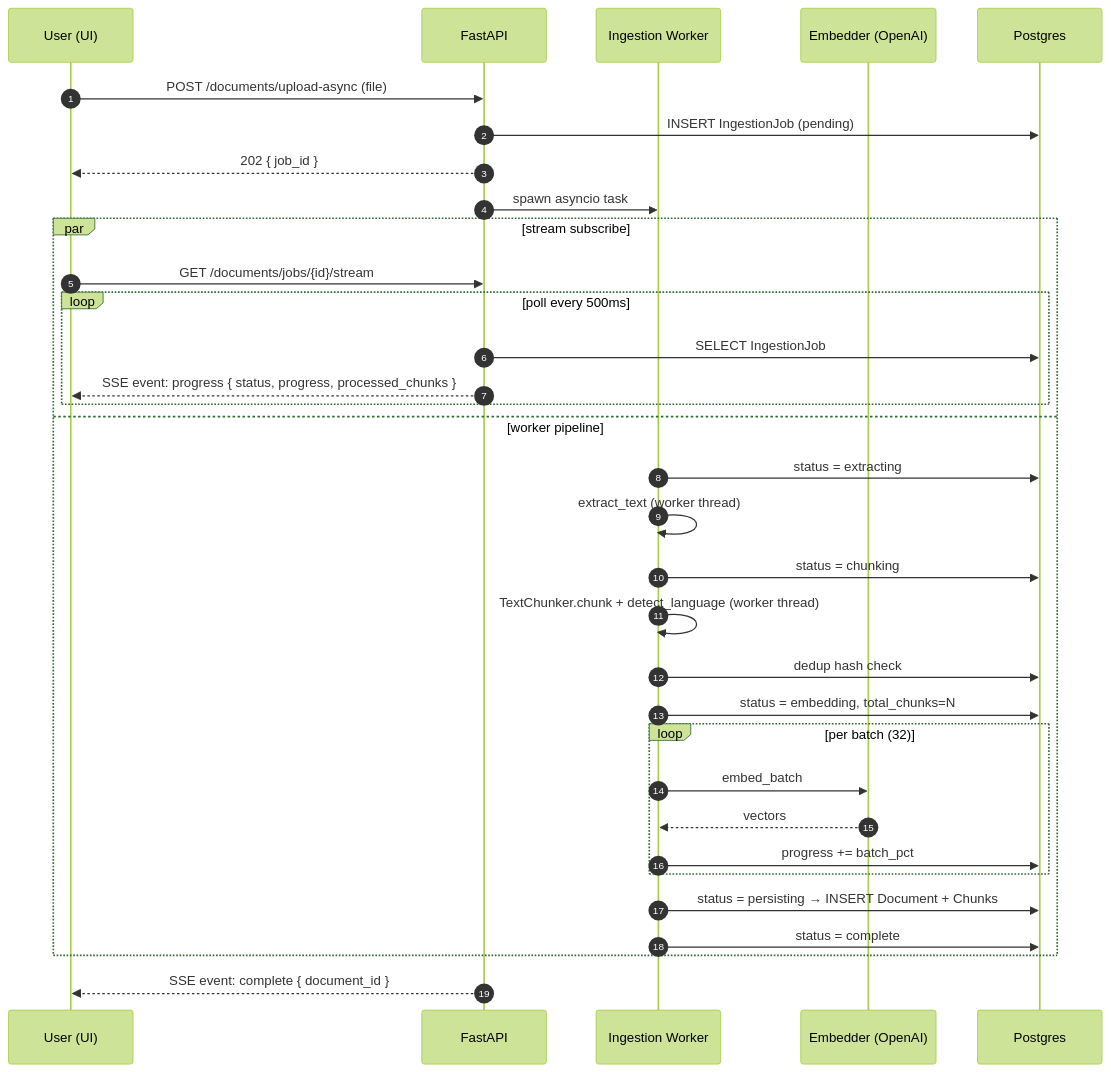
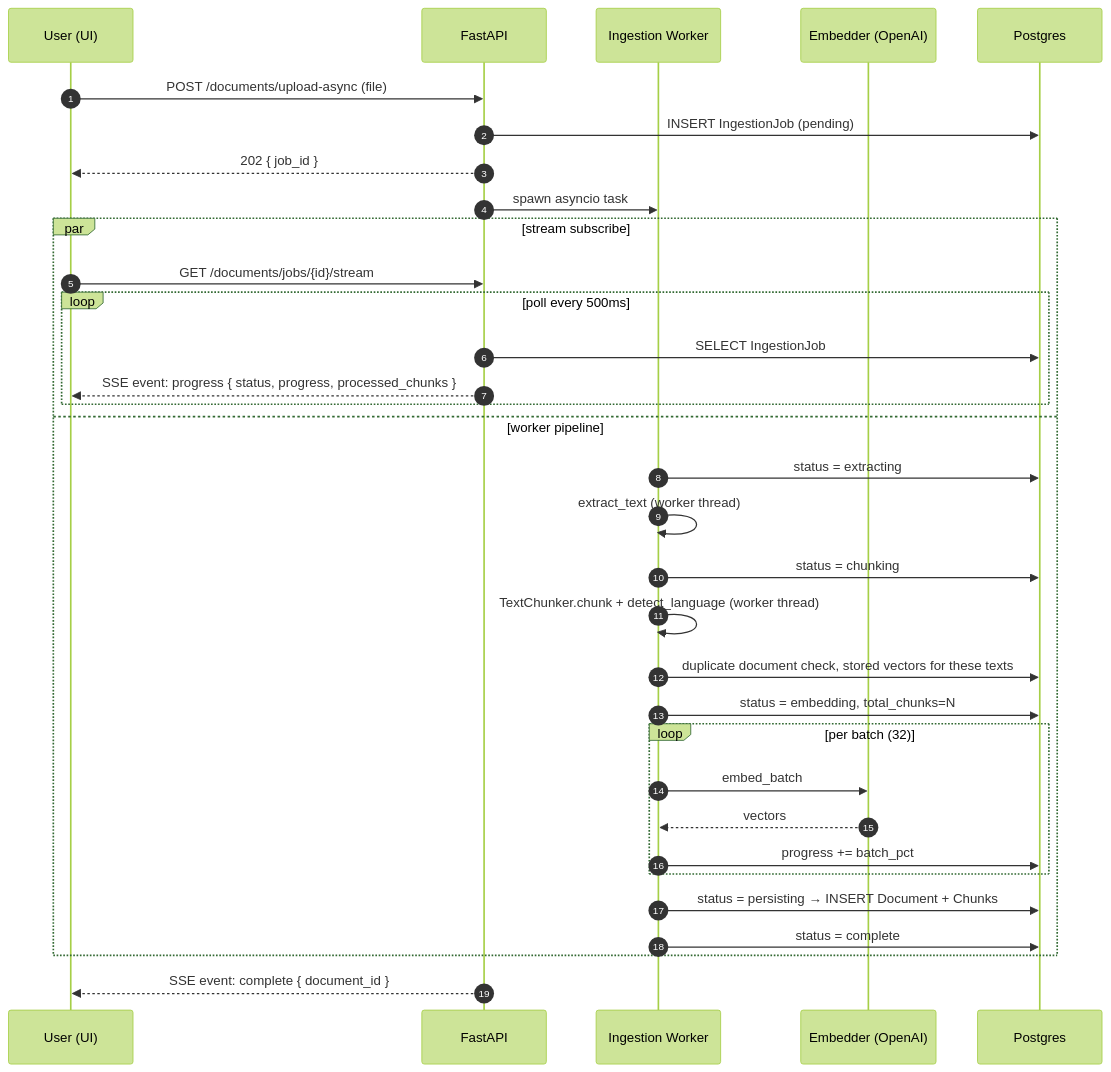
Before and after one commit to FrancoCazal/WhisperDocs: the third of 4 diagrams in ARCHITECTURE.md, drawn with Mermaid (forest theme). The commit also changed other lines of this file and 2 other files, not shown here.

First line of the commit message:
docs: the audit's changes in the README, the architecture and the changelog

````diff
--- a/ARCHITECTURE.md
+++ b/ARCHITECTURE.md
@@ -172,36 +172,36 @@
 ```mermaid
 sequenceDiagram
   autonumber
   participant U as User (UI)
   participant API as FastAPI
   participant W as Ingestion Worker
   participant E as Embedder (OpenAI)
   participant DB as Postgres
 
   U->>API: POST /documents/upload-async (file)
   API->>DB: INSERT IngestionJob (pending)
   API-->>U: 202 { job_id }
   API->>W: spawn asyncio task
   par stream subscribe
     U->>API: GET /documents/jobs/{id}/stream
     loop poll every 500ms
       API->>DB: SELECT IngestionJob
       API-->>U: SSE event: progress { status, progress, processed_chunks }
     end
   and worker pipeline
     W->>DB: status = extracting
     W->>W: extract_text (worker thread)
     W->>DB: status = chunking
     W->>W: TextChunker.chunk + detect_language (worker thread)
-    W->>DB: dedup hash check
+    W->>DB: duplicate document check, stored vectors for these texts
     W->>DB: status = embedding, total_chunks=N
     loop per batch (32)
       W->>E: embed_batch
       E-->>W: vectors
       W->>DB: progress += batch_pct
     end
     W->>DB: status = persisting → INSERT Document + Chunks
     W->>DB: status = complete
   end
   API-->>U: SSE event: complete { document_id }
 ```
````
